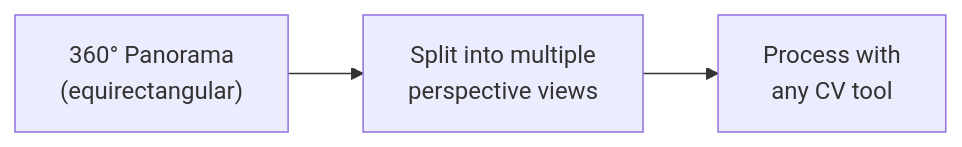
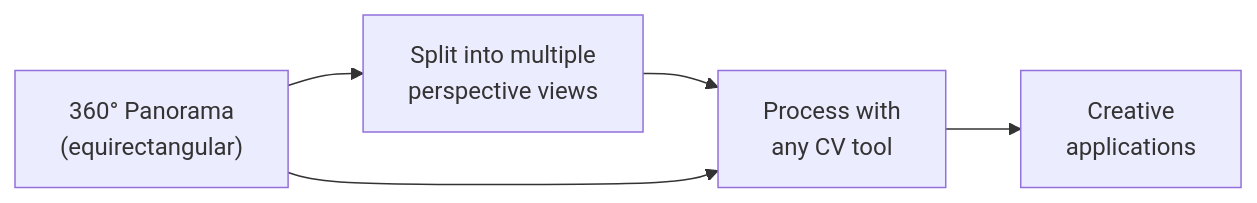
Before and after one commit to yz3440/how-to-use-panorama-in-almost-anything: the diagram in README.md, drawn with Mermaid. The commit also changed 5 other files, not shown here.

````diff
--- a/README.md
+++ b/README.md
@@ -15,4 +15,6 @@
 ```mermaid
 graph LR
     A["360° Panorama<br/>(equirectangular)"] --> B["Split into multiple<br/>perspective views"] --> C["Process with<br/>any CV tool"]
+    A --> C
+    C--> D["Creative<br/>applications"]
 ```
````
